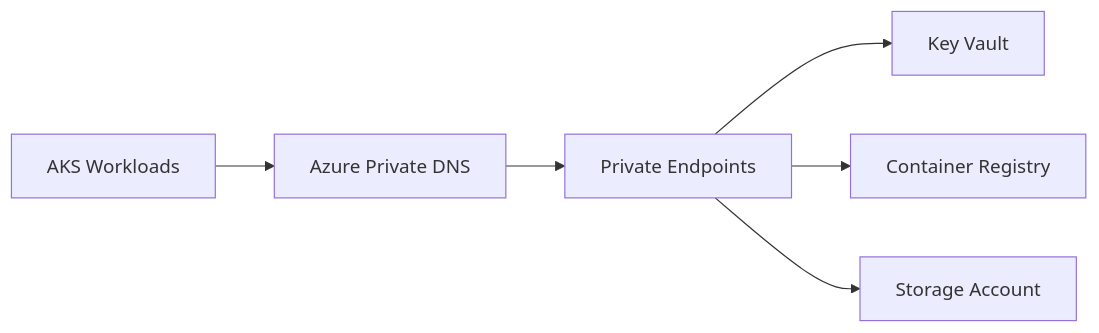
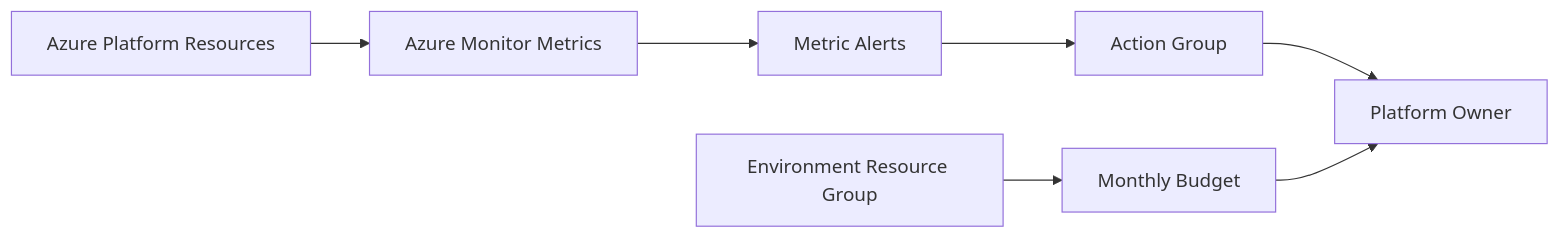
Before and after one commit to harshilamin/terraform-azure-enterprise-infrastructure: the diagram in README.md, drawn with Mermaid. The commit also changed other lines of this file and 33 other files, not shown here.

````diff
--- a/README.md
+++ b/README.md
@@ -20,8 +20,10 @@
 ```mermaid
 flowchart LR
-    AKS[AKS Workloads] --> DNS[Azure Private DNS]
-    DNS --> PE[Private Endpoints]
-    PE --> KV[Key Vault]
-    PE --> ACR[Container Registry]
-    PE --> ST[Storage Account]
+    Azure[Azure Platform Resources] --> Metrics[Azure Monitor Metrics]
+    Metrics --> Alerts[Metric Alerts]
+    Alerts --> ActionGroup[Action Group]
+    ActionGroup --> Owner[Platform Owner]
+
+    ResourceGroup[Environment Resource Group] --> Budget[Monthly Budget]
+    Budget --> Owner
 ```
````
